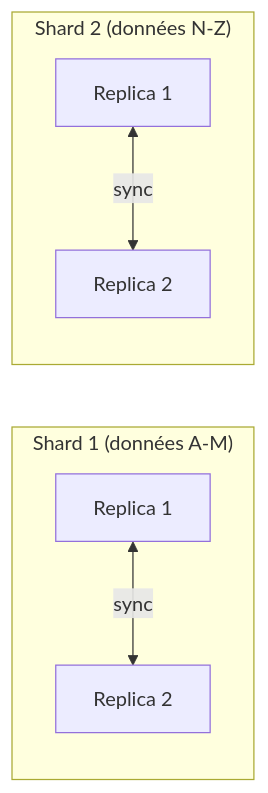
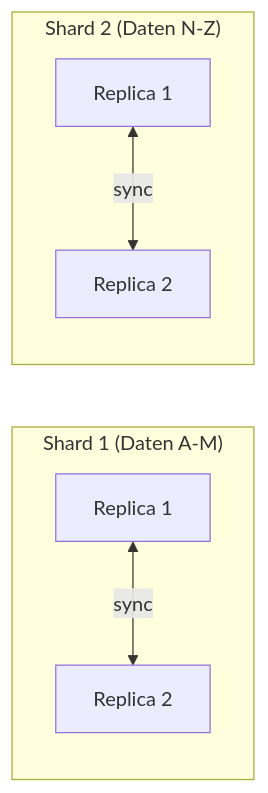
One commit to HidoraSwiss/hikube-public-doc changed the second of 2 diagrams in i18n/de/docusaurus-plugin-content-docs/current/services/databases/clickhouse/concepts.md. Above: the diagram before and after it, drawn with Mermaid. The commit also changed other lines of this file and 121 other files, not shown here.

````diff
--- a/i18n/de/docusaurus-plugin-content-docs/current/services/databases/clickhouse/concepts.md
+++ b/i18n/de/docusaurus-plugin-content-docs/current/services/databases/clickhouse/concepts.md
@@ -97,14 +97,14 @@
 ```mermaid
 graph LR
-    subgraph "Shard 1 (données A-M)"
+    subgraph "Shard 1 (Daten A-M)"
         R1A[Replica 1]
         R1B[Replica 2]
     end
-    subgraph "Shard 2 (données N-Z)"
+    subgraph "Shard 2 (Daten N-Z)"
         R2A[Replica 1]
         R2B[Replica 2]
     end
 
     R1A <-->|sync| R1B
     R2A <-->|sync| R2B
 ```
````
